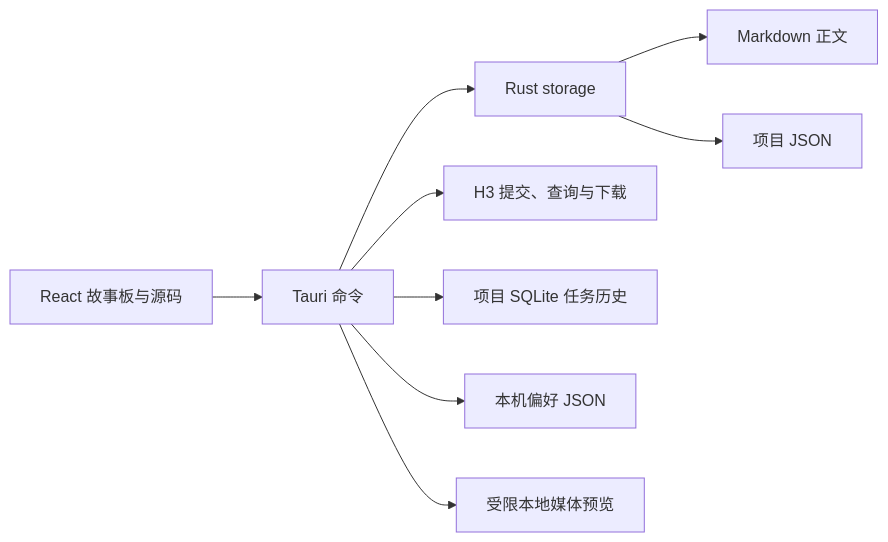
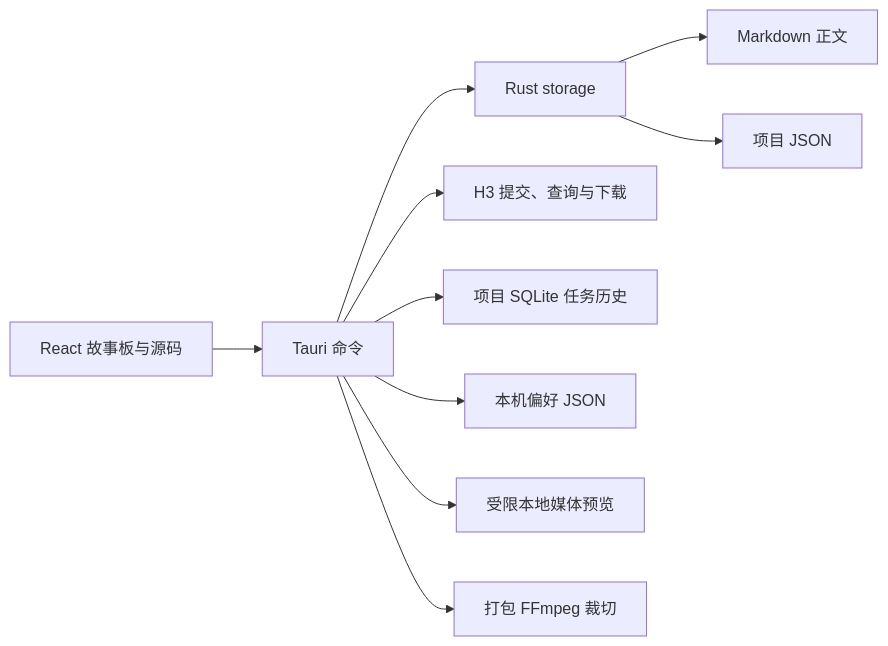
One commit to freesaber/drama-craft changed the diagram in doc/02-系统架构.md. Above: the diagram before and after it, drawn with Mermaid. The commit also changed other lines of this file and 27 other files, not shown here.

````diff
--- a/doc/02-系统架构.md
+++ b/doc/02-系统架构.md
@@ -7,11 +7,12 @@
 ```mermaid
 flowchart LR
   UI[React 故事板与源码] --> IPC[Tauri 命令]
   IPC --> FS[Rust storage]
   FS --> MD[Markdown 正文]
   FS --> META[项目 JSON]
   IPC --> H3[H3 提交、查询与下载]
   IPC --> DB[项目 SQLite 任务历史]
   IPC --> PREF[本机偏好 JSON]
   IPC --> MEDIA[受限本地媒体预览]
+  IPC --> FFMPEG[打包 FFmpeg 裁切]
 ```
````
